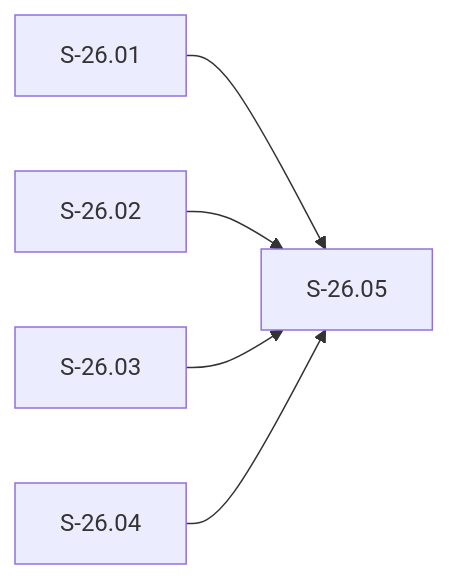
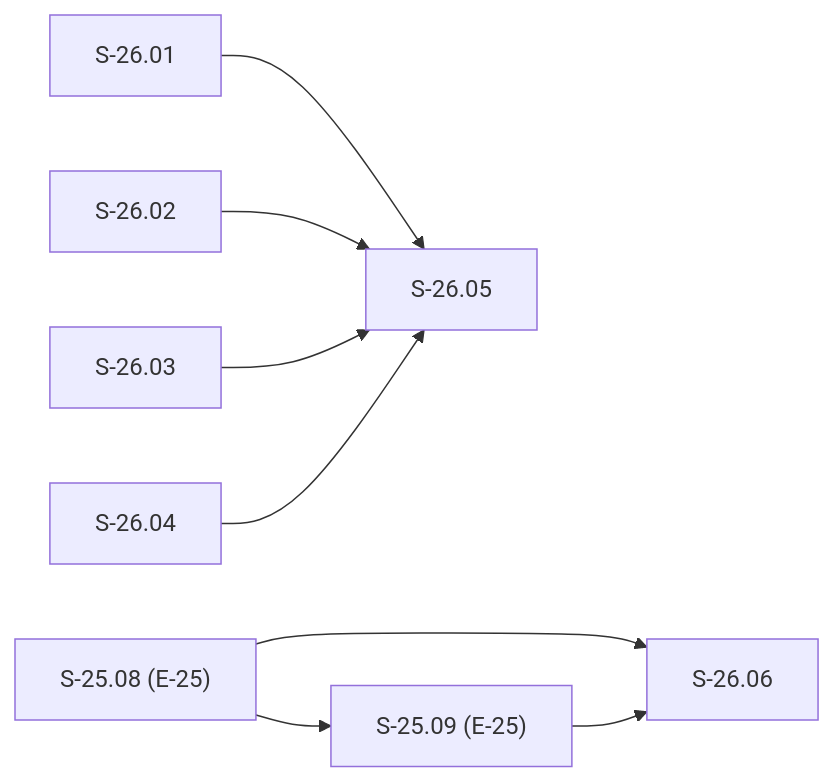
One commit to BOHICA-LABS/vsdd-factory changed the diagram in stories/epics/E-26-post-rc25-hook-hardening.md. Above: the diagram before and after it, drawn with Mermaid. The commit also changed other lines of this file and 32 other files, not shown here.

````diff
--- a/stories/epics/E-26-post-rc25-hook-hardening.md
+++ b/stories/epics/E-26-post-rc25-hook-hardening.md
@@ -226,7 +227,10 @@
 ```mermaid
 graph LR
   S-26.01 --> S-26.05
   S-26.02 --> S-26.05
   S-26.03 --> S-26.05
   S-26.04 --> S-26.05
+  S-25.08["S-25.08 (E-25)"] --> S-25.09["S-25.09 (E-25)"]
+  S-25.08 --> S-26.06
+  S-25.09 --> S-26.06
 ```
````
